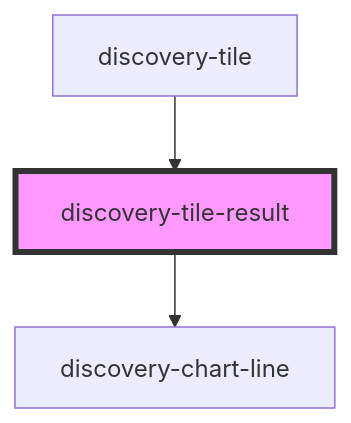
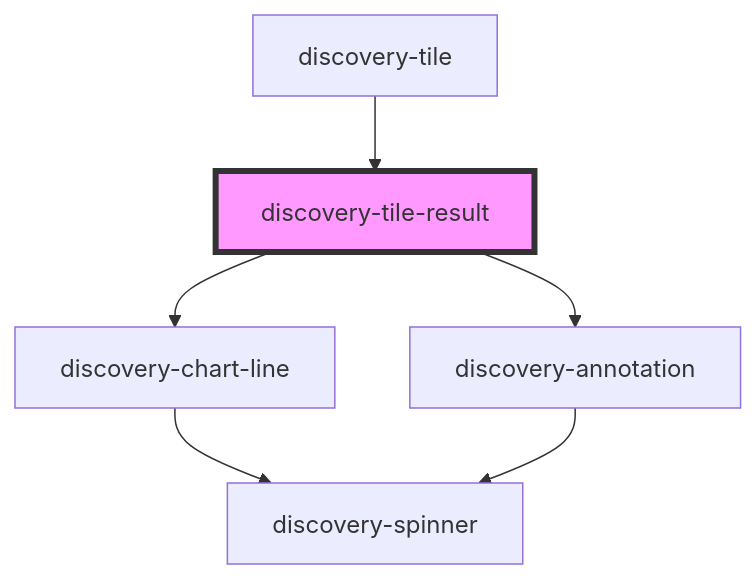
Before and after one commit to senx/discovery-widgets: the diagram in src/components/discovery-tile-result/readme.md, drawn with Mermaid. The commit also changed other lines of this file and 18 other files, not shown here.

Commit message:
styles and flows

````diff
--- a/src/components/discovery-tile-result/readme.md
+++ b/src/components/discovery-tile-result/readme.md
@@ -32,6 +33,9 @@
 ```mermaid
 graph TD;
   discovery-tile-result --> discovery-chart-line
+  discovery-tile-result --> discovery-annotation
+  discovery-chart-line --> discovery-spinner
+  discovery-annotation --> discovery-spinner
   discovery-tile --> discovery-tile-result
   style discovery-tile-result fill:#f9f,stroke:#333,stroke-width:4px
 ```
````
